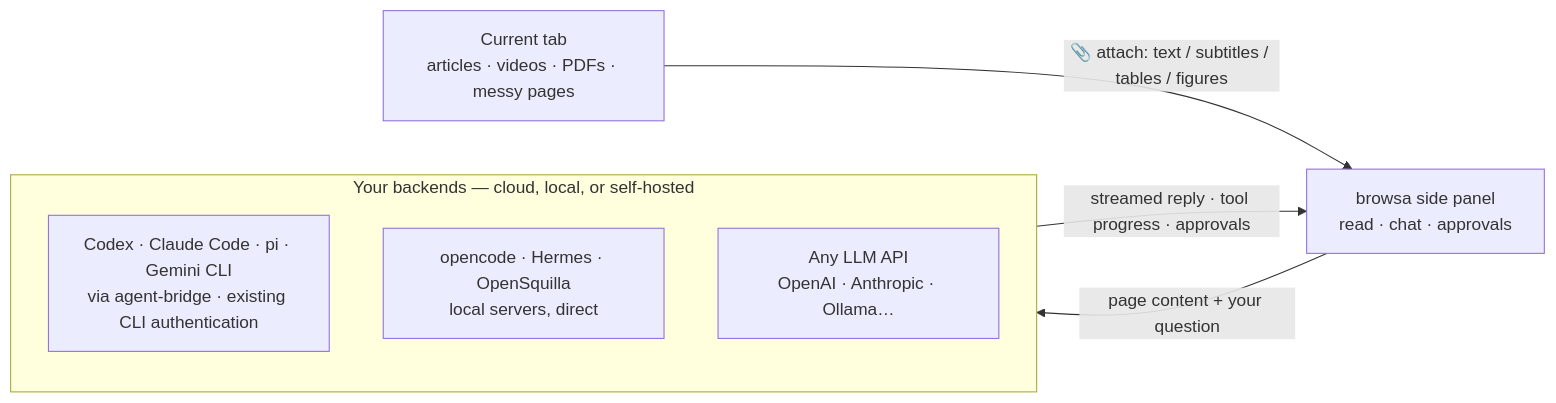
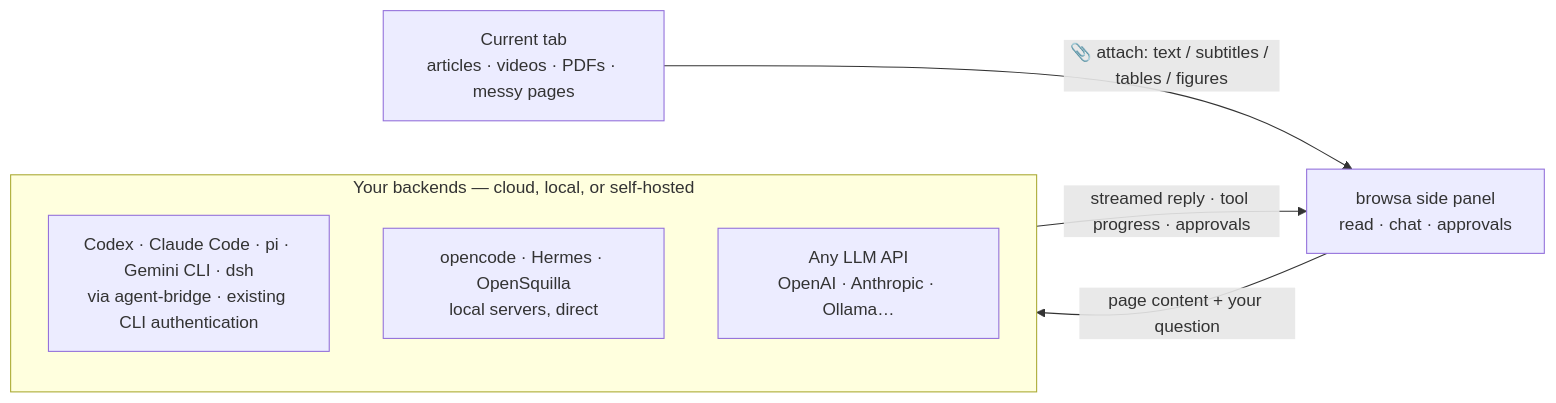
The diagram in README.es.md (xiaohuzai/browsa), drawn with Mermaid before and after one commit. The commit also changed other lines of this file and 20 other files, not shown here.

Commit message:
docs: agent 家族补 dsh——README 双语+五语、官网落地页七语、guide、bridge 芯片 banner 重渲染 (#229)

````diff
--- a/README.es.md
+++ b/README.es.md
@@ -59,13 +60,13 @@
 ```mermaid
 flowchart LR
     P["Current tab<br/>articles · videos · PDFs · messy pages"]
     B["browsa side panel<br/>read · chat · approvals"]
     subgraph Y["Your backends — cloud, local, or self-hosted"]
-        A1["Codex · Claude Code · pi · Gemini CLI<br/>via agent-bridge · existing CLI authentication"]
+        A1["Codex · Claude Code · pi · Gemini CLI · dsh<br/>via agent-bridge · existing CLI authentication"]
         A2["opencode · Hermes · OpenSquilla<br/>local servers, direct"]
         A3["Any LLM API<br/>OpenAI · Anthropic · Ollama…"]
     end
     P -->|"📎 attach: text / subtitles / tables / figures"| B
     B -->|"page content + your question"| Y
     Y -->|"streamed reply · tool progress · approvals"| B
 ```
````
